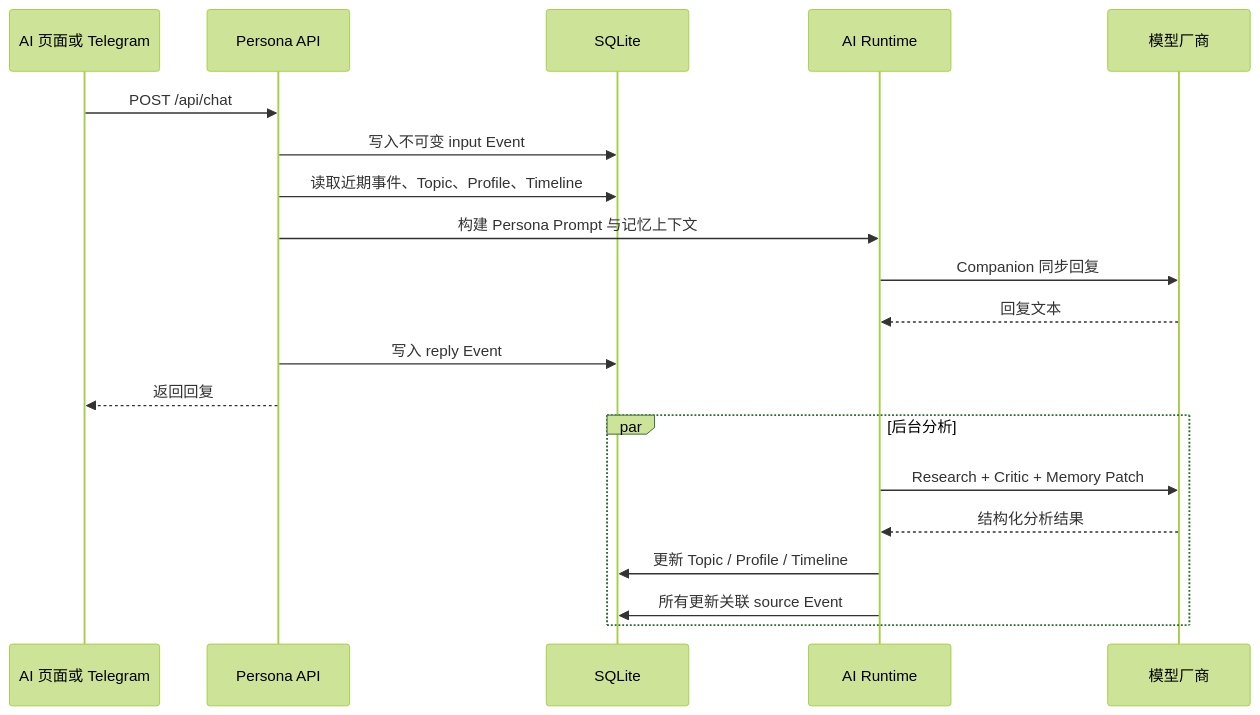
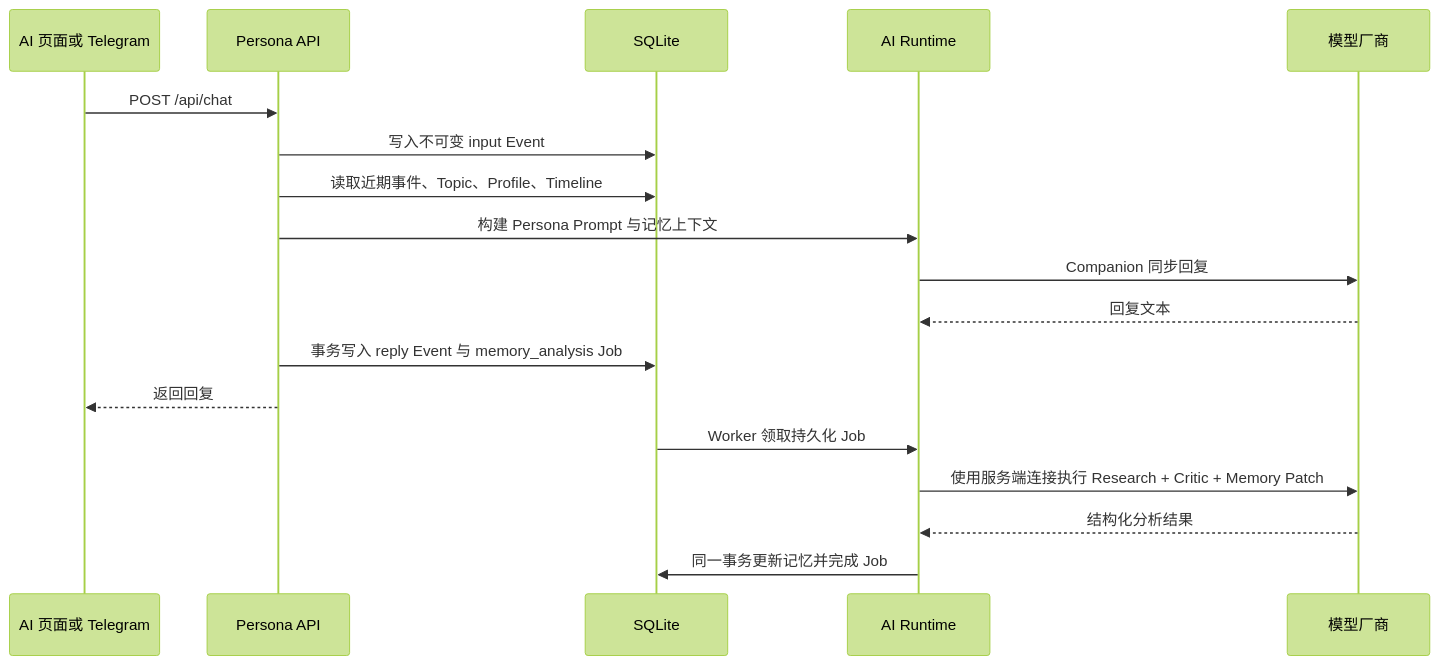
Before and after one commit to qiancheng06/new-blog: the second of 4 diagrams in docs/00-overview/current-architecture.md, drawn with Mermaid (forest theme). The commit also changed other lines of this file and 30 other files, not shown here.

````diff
--- a/docs/00-overview/current-architecture.md
+++ b/docs/00-overview/current-architecture.md
@@ -83,24 +83,22 @@
 ```mermaid
 sequenceDiagram
   participant UI as AI 页面或 Telegram
   participant API as Persona API
   participant DB as SQLite
   participant RT as AI Runtime
   participant LLM as 模型厂商
 
   UI->>API: POST /api/chat
   API->>DB: 写入不可变 input Event
   API->>DB: 读取近期事件、Topic、Profile、Timeline
   API->>RT: 构建 Persona Prompt 与记忆上下文
   RT->>LLM: Companion 同步回复
   LLM-->>RT: 回复文本
-  API->>DB: 写入 reply Event
+  API->>DB: 事务写入 reply Event 与 memory_analysis Job
   API-->>UI: 返回回复
 
-  par 后台分析
-    RT->>LLM: Research + Critic + Memory Patch
-    LLM-->>RT: 结构化分析结果
-    RT->>DB: 更新 Topic / Profile / Timeline
-    RT->>DB: 所有更新关联 source Event
-  end
+  DB->>RT: Worker 领取持久化 Job
+  RT->>LLM: 使用服务端连接执行 Research + Critic + Memory Patch
+  LLM-->>RT: 结构化分析结果
+  RT->>DB: 同一事务更新记忆并完成 Job
 ```
````
